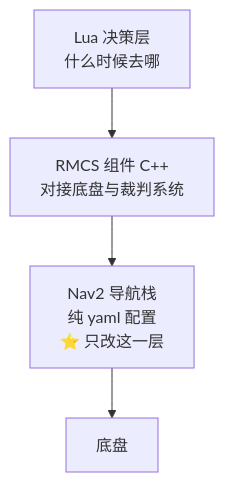
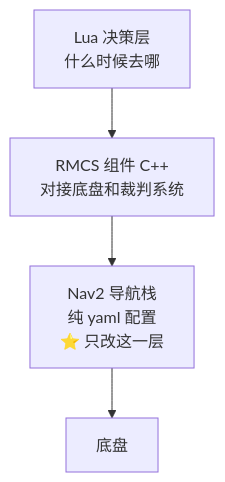
One commit to gebilaowuxiaoyu123/RMCS_Navigation changed the diagram in 任务规划.md. Above: the diagram before and after it, drawn with Mermaid. The commit also changed other lines of this file and 6 other files, not shown here.

````diff
--- a/任务规划.md
+++ b/任务规划.md
@@ -16,6 +12,6 @@
 ```mermaid
 flowchart TB
-    A["Lua 决策层<br/>什么时候去哪"] --> B["RMCS 组件 C++<br/>对接底盘与裁判系统"]
+    A["Lua 决策层<br/>什么时候去哪"] --> B["RMCS 组件 C++<br/>对接底盘和裁判系统"]
     B --> C["Nav2 导航栈<br/>纯 yaml 配置<br/>⭐ 只改这一层"]
     C --> D["底盘"]
 ```
````
